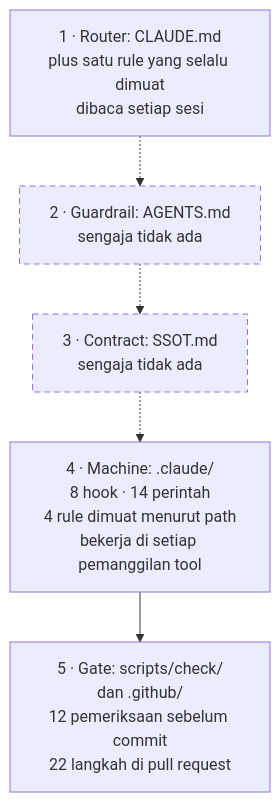
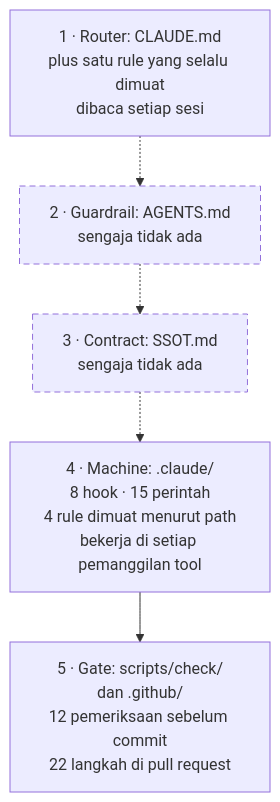
Before and after one commit to adhibuchori/docs-agent-config: the fourth of 4 diagrams in README.id.md, drawn with Mermaid. The commit also changed other lines of this file and 4 other files, not shown here.

````diff
--- a/README.id.md
+++ b/README.id.md
@@ -590,15 +590,15 @@
 ```mermaid
 flowchart TB
     accTitle: Lapisan yang dibawa template dokumentasi ini
-    accDescr: Lapisan 1, router, adalah CLAUDE.md ditambah satu rule yang selalu dimuat, dibaca setiap sesi. Lapisan 2 dan 3, AGENTS.md dan SSOT.md, digambar putus-putus karena situs dokumentasi sengaja tidak memilikinya. Lapisan 4, mesin, berisi delapan hook, empat rule yang dimuat menurut path, dan empat belas perintah; lapisan ini bekerja di setiap pemanggilan tool. Lapisan 5, gate, adalah daftar gate yang berjalan sebelum setiap commit dan CI pull request.
+    accDescr: Lapisan 1, router, adalah CLAUDE.md ditambah satu rule yang selalu dimuat, dibaca setiap sesi. Lapisan 2 dan 3, AGENTS.md dan SSOT.md, digambar putus-putus karena situs dokumentasi sengaja tidak memilikinya. Lapisan 4, mesin, berisi delapan hook, empat rule yang dimuat menurut path, dan lima belas perintah; lapisan ini bekerja di setiap pemanggilan tool. Lapisan 5, gate, adalah daftar gate yang berjalan sebelum setiap commit dan CI pull request.
 
     L1["1 · Router: CLAUDE.md<br/>plus satu rule yang selalu dimuat<br/>dibaca setiap sesi"]
     L2["2 · Guardrail: AGENTS.md<br/>sengaja tidak ada"]
     L3["3 · Contract: SSOT.md<br/>sengaja tidak ada"]
-    L4["4 · Machine: .claude/<br/>8 hook · 14 perintah<br/>4 rule dimuat menurut path<br/>bekerja di setiap pemanggilan tool"]
+    L4["4 · Machine: .claude/<br/>8 hook · 15 perintah<br/>4 rule dimuat menurut path<br/>bekerja di setiap pemanggilan tool"]
     L5["5 · Gate: scripts/check/<br/>dan .github/<br/>12 pemeriksaan sebelum commit<br/>22 langkah di pull request"]
 
     L1 -.-> L2 -.-> L3 -.-> L4 --> L5
     classDef absent stroke-dasharray: 6 4
     class L2,L3 absent
 ```
````
